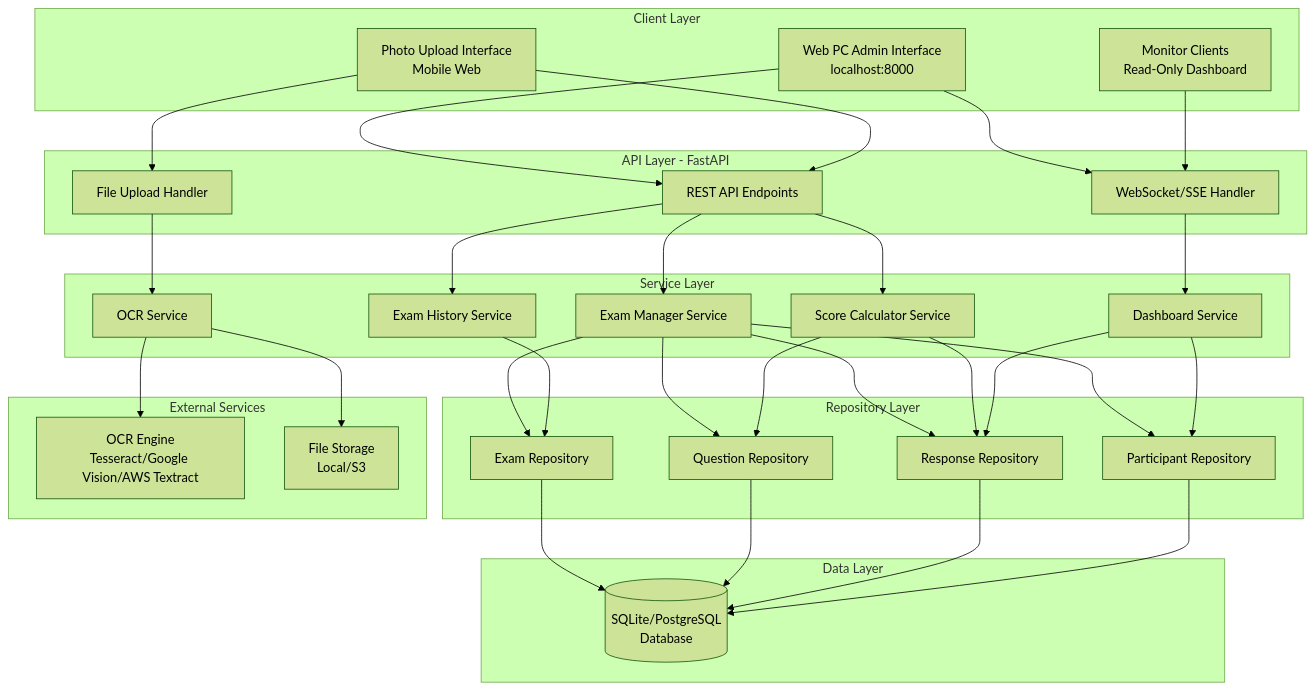
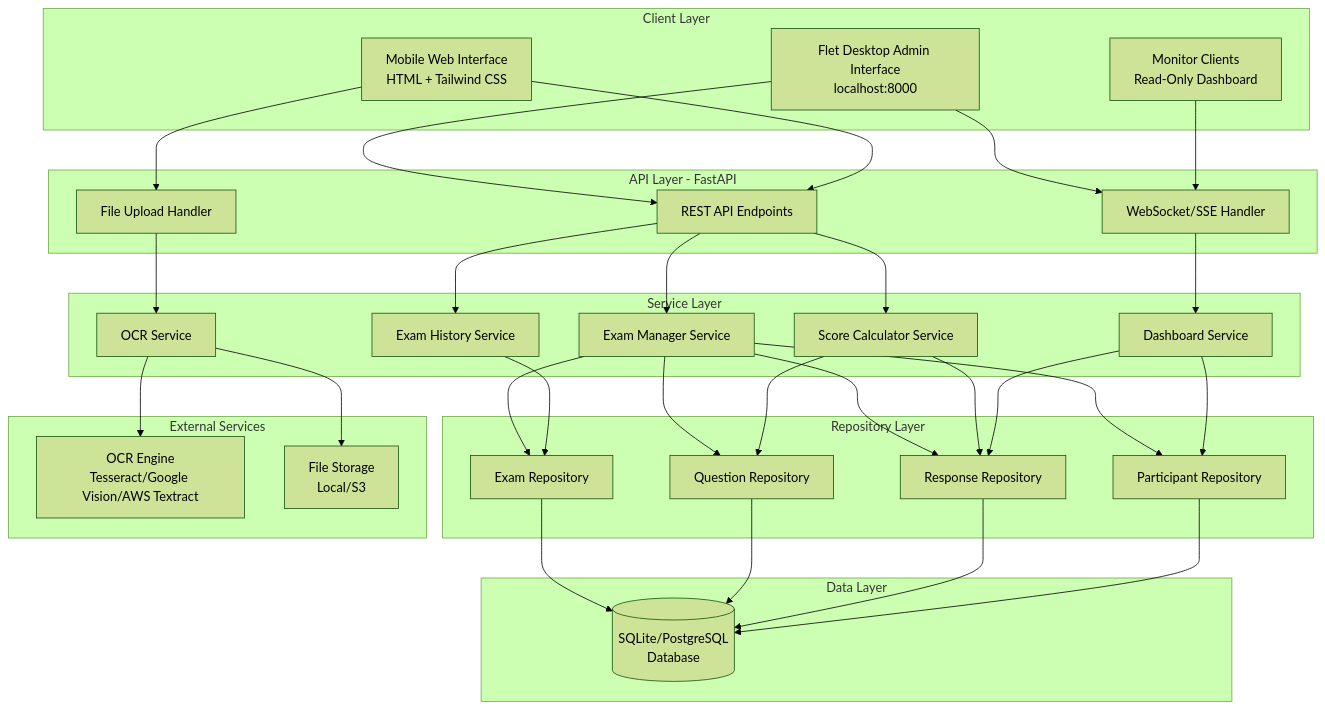
Before and after one commit to kakaeser/enem_read: the first of 4 diagrams in .kiro/specs/multi-exam-ocr-system/design.md, drawn with Mermaid (forest theme). The commit also changed other lines of this file and 12 other files, not shown here.

````diff
--- a/.kiro/specs/multi-exam-ocr-system/design.md
+++ b/.kiro/specs/multi-exam-ocr-system/design.md
@@ -32,67 +32,67 @@
 ```mermaid
 graph TB
     subgraph "Client Layer"
-        A[Web PC Admin Interface<br/>localhost:8000]
-        B[Photo Upload Interface<br/>Mobile Web]
+        A[Flet Desktop Admin Interface<br/>localhost:8000]
+        B[Mobile Web Interface<br/>HTML + Tailwind CSS]
         C[Monitor Clients<br/>Read-Only Dashboard]
     end
     
     subgraph "API Layer - FastAPI"
         D[REST API Endpoints]
         E[WebSocket/SSE Handler]
         F[File Upload Handler]
     end
     
     subgraph "Service Layer"
         G[Exam Manager Service]
         H[OCR Service]
         I[Score Calculator Service]
         J[Exam History Service]
         K[Dashboard Service]
     end
     
     subgraph "Repository Layer"
         L[Exam Repository]
         M[Question Repository]
         N[Response Repository]
         O[Participant Repository]
     end
     
     subgraph "External Services"
         P[OCR Engine<br/>Tesseract/Google Vision/AWS Textract]
         Q[File Storage<br/>Local/S3]
     end
     
     subgraph "Data Layer"
         R[(SQLite/PostgreSQL<br/>Database)]
     end
     
     A --> D
     A --> E
     B --> D
     B --> F
     C --> E
     
     D --> G
     D --> I
     D --> J
     F --> H
     E --> K
     
     G --> L
     G --> M
     G --> N
     G --> O
     H --> P
     H --> Q
     I --> N
     I --> M
     J --> L
     K --> O
     K --> N
     
     L --> R
     M --> R
     N --> R
     O --> R
 ```
````
